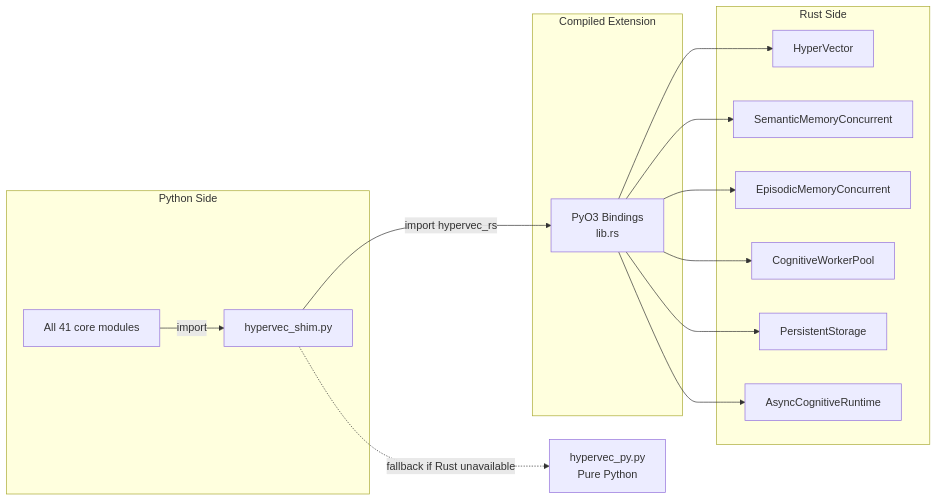
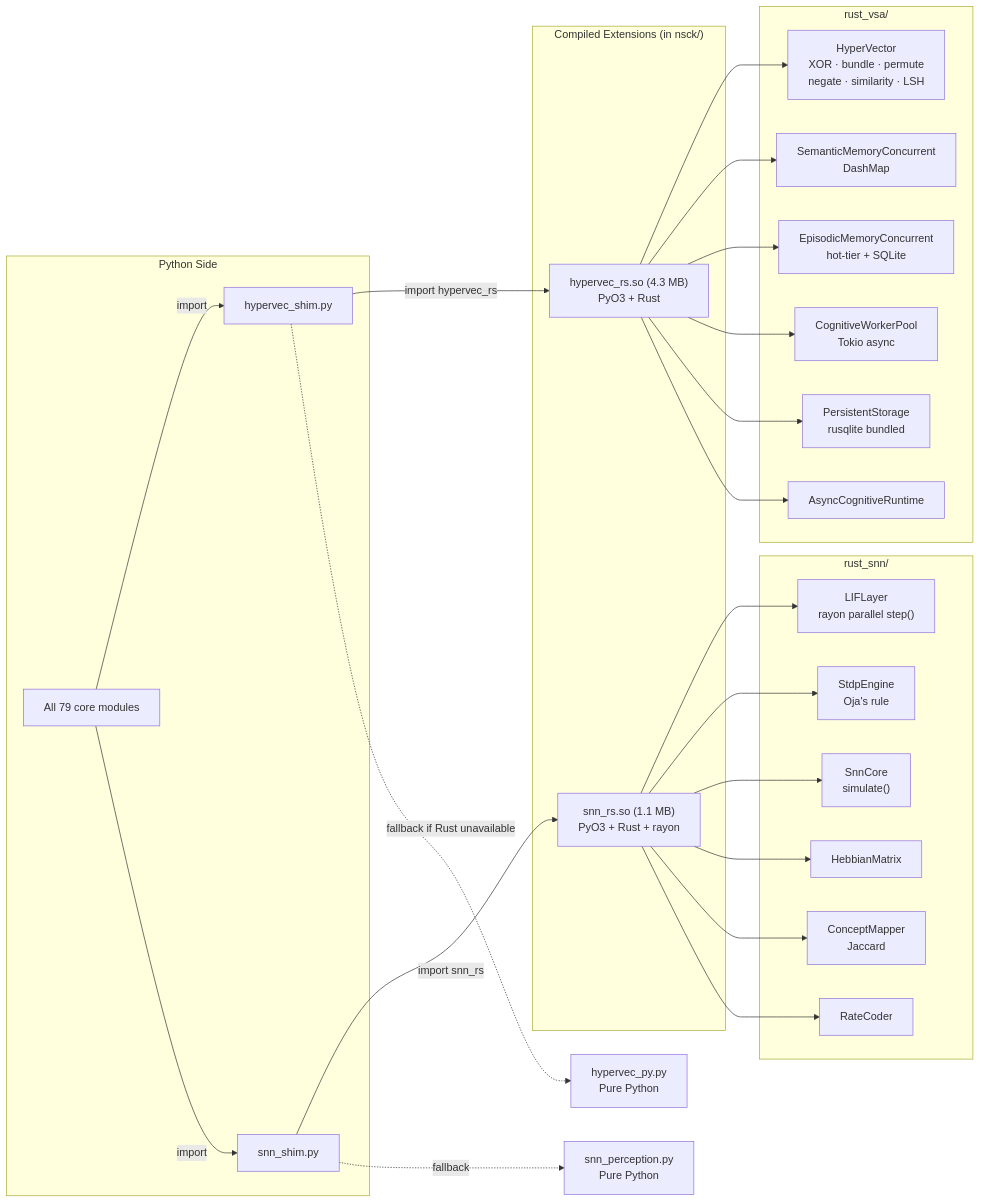
The fifth of 6 diagrams in nsck/docs/REPOMAP.md (shiva2321/Neuro-Symbolic-Cognitive-Kernel), drawn with Mermaid before and after one commit. The commit also changed other lines of this file and 7 other files, not shown here.

Commit message:
Docs V7: update all docs to reflect actual V4-V7 implementations — modules, formulas, test counts, benchmarks, diagrams

````diff
--- a/nsck/docs/REPOMAP.md
+++ b/nsck/docs/REPOMAP.md
@@ -318,31 +333,51 @@
 ```mermaid
 graph LR
     subgraph Python["Python Side"]
         Shim["hypervec_shim.py"]
-        Core["All 41 core modules"]
+        Core["All 79 core modules"]
+        SNNShim["snn_shim.py"]
     end
 
-    subgraph Compiled["Compiled Extension"]
-        PyO3["PyO3 Bindings<br/>lib.rs"]
+    subgraph Compiled["Compiled Extensions (in nsck/)"]
+        PyO3VSA["hypervec_rs.so (4.3 MB)<br/>PyO3 + Rust"]
+        PyO3SNN["snn_rs.so (1.1 MB)<br/>PyO3 + Rust + rayon"]
     end
 
-    subgraph Rust["Rust Side"]
-        RHV["HyperVector"]
-        RSem["SemanticMemoryConcurrent"]
-        REpi["EpisodicMemoryConcurrent"]
-        RPool["CognitiveWorkerPool"]
-        RPers["PersistentStorage"]
+    subgraph RustVSA["rust_vsa/"]
+        RHV["HyperVector<br/>XOR · bundle · permute<br/>negate · similarity · LSH"]
+        RSem["SemanticMemoryConcurrent<br/>DashMap"]
+        REpi["EpisodicMemoryConcurrent<br/>hot-tier + SQLite"]
+        RPool["CognitiveWorkerPool<br/>Tokio async"]
+        RPers["PersistentStorage<br/>rusqlite bundled"]
         RAsync["AsyncCognitiveRuntime"]
     end
 
+    subgraph RustSNN["rust_snn/"]
+        RLIF["LIFLayer<br/>rayon parallel step()"]
+        RStdp["StdpEngine<br/>Oja's rule"]
+        RSCore["SnnCore<br/>simulate()"]
+        RHebb["HebbianMatrix"]
+        RConcept["ConceptMapper<br/>Jaccard"]
+        RRate["RateCoder"]
+    end
+
     Core -->|"import"| Shim
-    Shim -->|"import hypervec_rs"| PyO3
-    PyO3 --> RHV
-    PyO3 --> RSem
-    PyO3 --> REpi
-    PyO3 --> RPool
-    PyO3 --> RPers
-    PyO3 --> RAsync
+    Core -->|"import"| SNNShim
+    Shim -->|"import hypervec_rs"| PyO3VSA
+    SNNShim -->|"import snn_rs"| PyO3SNN
+    PyO3VSA --> RHV
+    PyO3VSA --> RSem
+    PyO3VSA --> REpi
+    PyO3VSA --> RPool
+    PyO3VSA --> RPers
+    PyO3VSA --> RAsync
+    PyO3SNN --> RLIF
+    PyO3SNN --> RStdp
+    PyO3SNN --> RSCore
+    PyO3SNN --> RHebb
+    PyO3SNN --> RConcept
+    PyO3SNN --> RRate
 
     Shim -.->|"fallback if Rust unavailable"| FallPy["hypervec_py.py<br/>Pure Python"]
+    SNNShim -.->|"fallback"| FallSNN["snn_perception.py<br/>Pure Python"]
 ```
````
